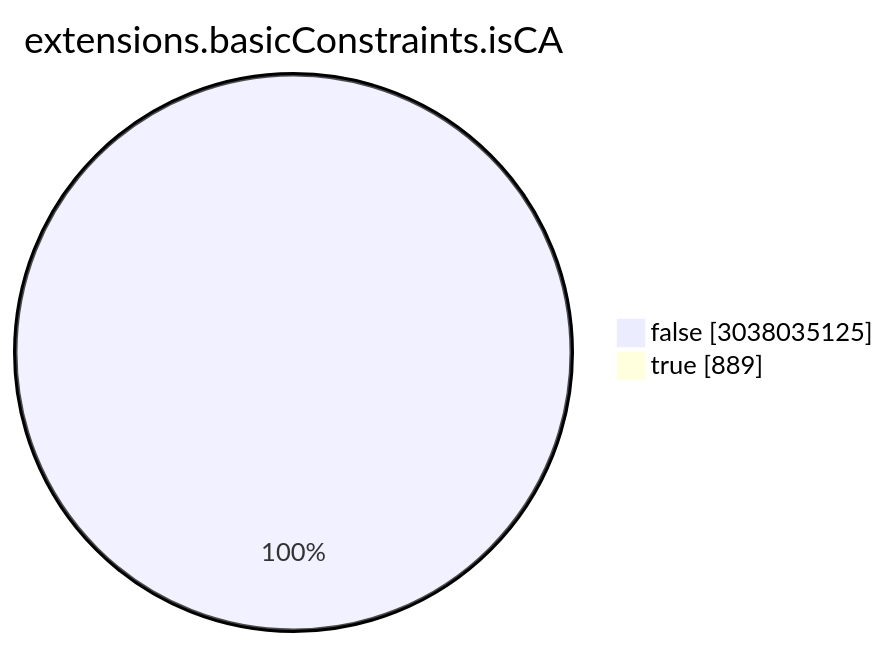
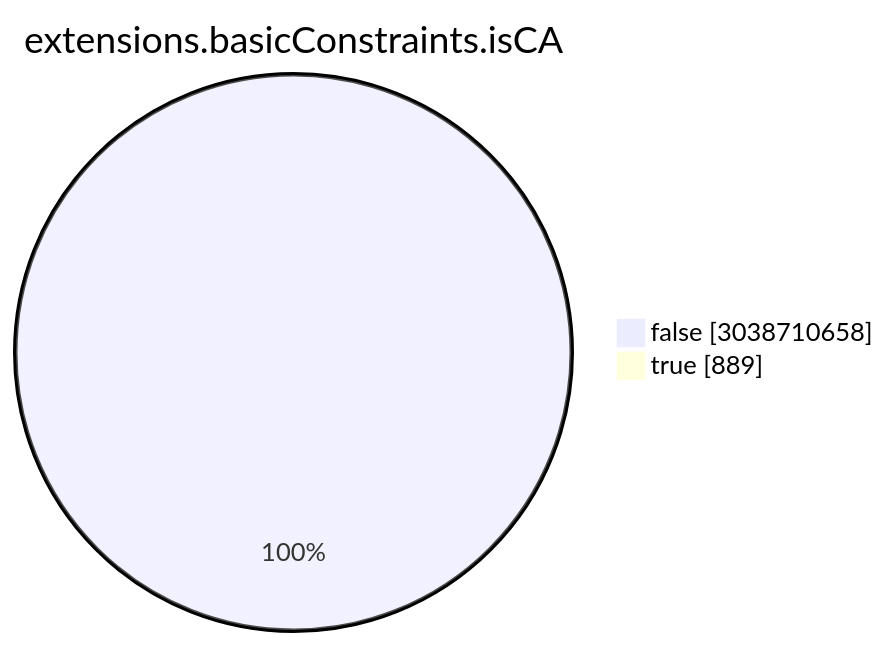
One commit to christiankrug/ctmonitor_visualization changed the seventh of 15 diagrams in TOTAL/README.md. Above: the diagram before and after it, drawn with Mermaid. The commit also changed other lines of this file, not shown here.

````diff
--- a/TOTAL/README.md
+++ b/TOTAL/README.md
@@ -3088,6 +3088,6 @@
 ```mermaid
 pie showData
 title extensions.basicConstraints.isCA
-"false" :3038035125
+"false" :3038710658
 "true" :889
 ```
````
